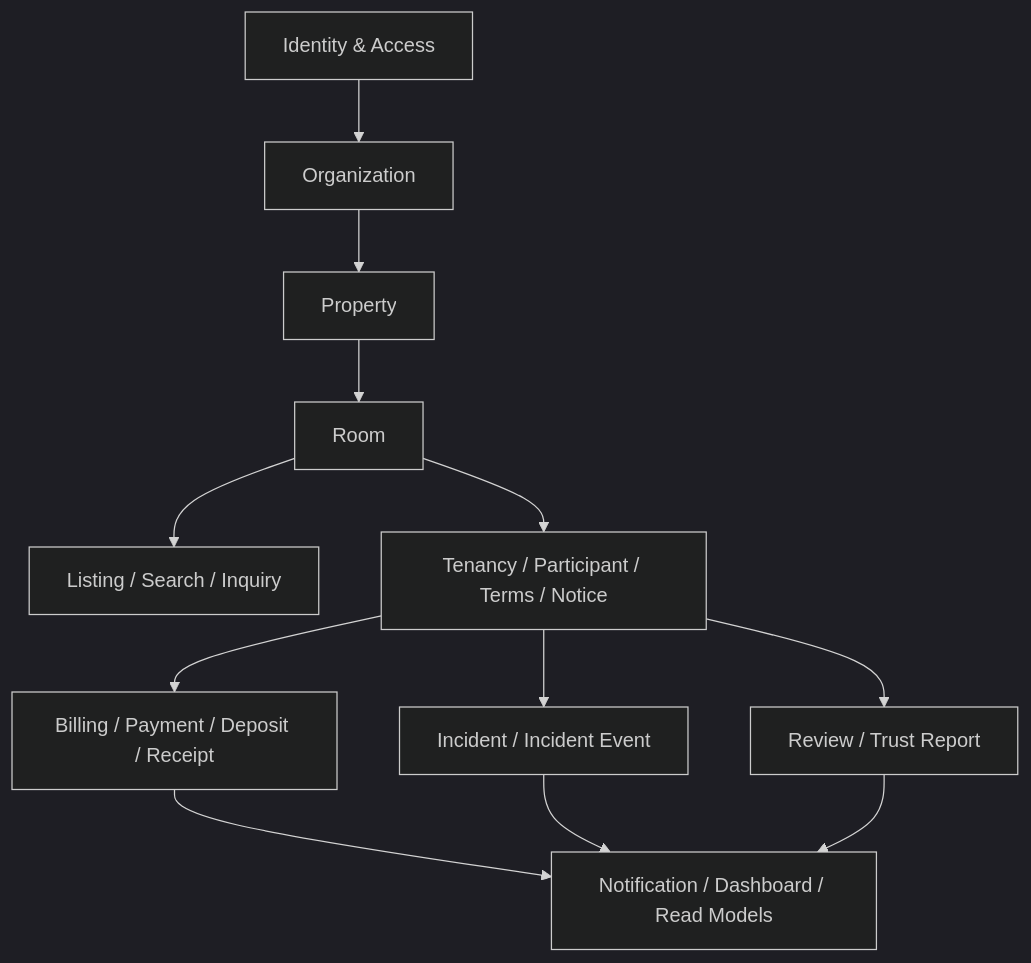
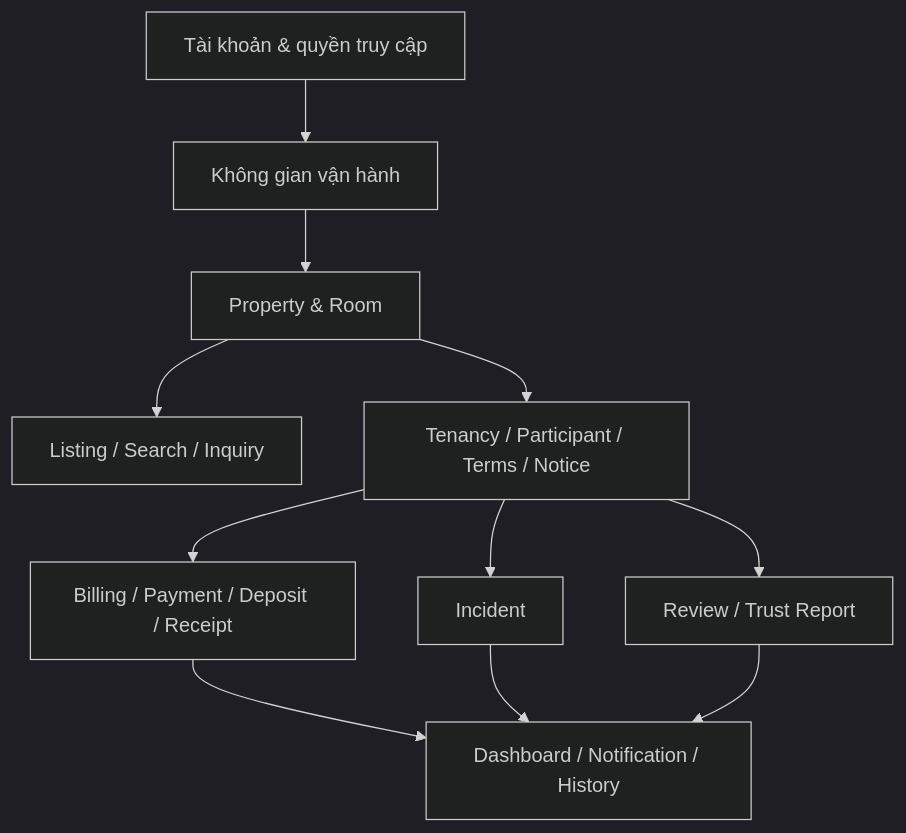
Before and after one commit to Danh20100/moibile_app: the first of 5 diagrams in docs/contexts/product-domain.md, drawn with Mermaid (dark theme). The commit also changed other lines of this file and 9 other files, not shown here.

````diff
--- a/docs/contexts/product-domain.md
+++ b/docs/contexts/product-domain.md
@@ -7,25 +7,22 @@
 ```mermaid
 flowchart TB
-    ID[Identity & Access]
-    ORG[Organization]
-    PROP[Property]
-    ROOM[Room]
-    DISC[Listing / Search / Inquiry]
-    TEN[Tenancy / Participant / Terms / Notice]
-    FIN[Billing / Payment / Deposit / Receipt]
-    INC[Incident / Incident Event]
-    TRUST[Review / Trust Report]
-    SIDE[Notification / Dashboard / Read Models]
+    ID["Tài khoản & quyền truy cập"]
+    ORG["Không gian vận hành"]
+    PROP["Property & Room"]
+    DISC["Listing / Search / Inquiry"]
+    TEN["Tenancy / Participant / Terms / Notice"]
+    FIN["Billing / Payment / Deposit / Receipt"]
+    INC["Incident"]
+    TRUST["Review / Trust Report"]
+    SIDE["Dashboard / Notification / History"]
 
-    ID --> ORG
-    ORG --> PROP
-    PROP --> ROOM
-    ROOM --> DISC
-    ROOM --> TEN
+    ID --> ORG --> PROP
+    PROP --> DISC
+    PROP --> TEN
     TEN --> FIN
     TEN --> INC
     TEN --> TRUST
     FIN --> SIDE
     INC --> SIDE
     TRUST --> SIDE
 ```
````
